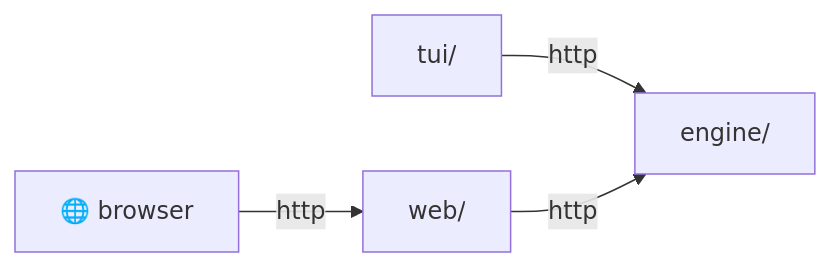
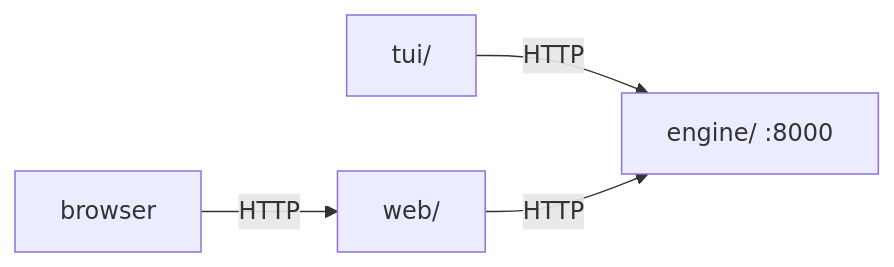
The fourth of 4 diagrams in README.md (yamcodes/akin), drawn with Mermaid before and after one commit. The commit also changed other lines of this file and 41 other files, not shown here.

````diff
--- a/README.md
+++ b/README.md
@@ -44,5 +88,5 @@
 ```mermaid
 graph LR
-    tui["tui/"] --http--> engine["engine/"]
-    browser["🌐 browser"] --http--> web["web/"] --http--> engine["engine/"]
+    tui["tui/"] --HTTP--> engine["engine/ :8000"]
+    browser["browser"] --HTTP--> web["web/"] --HTTP--> engine
 ```
````
